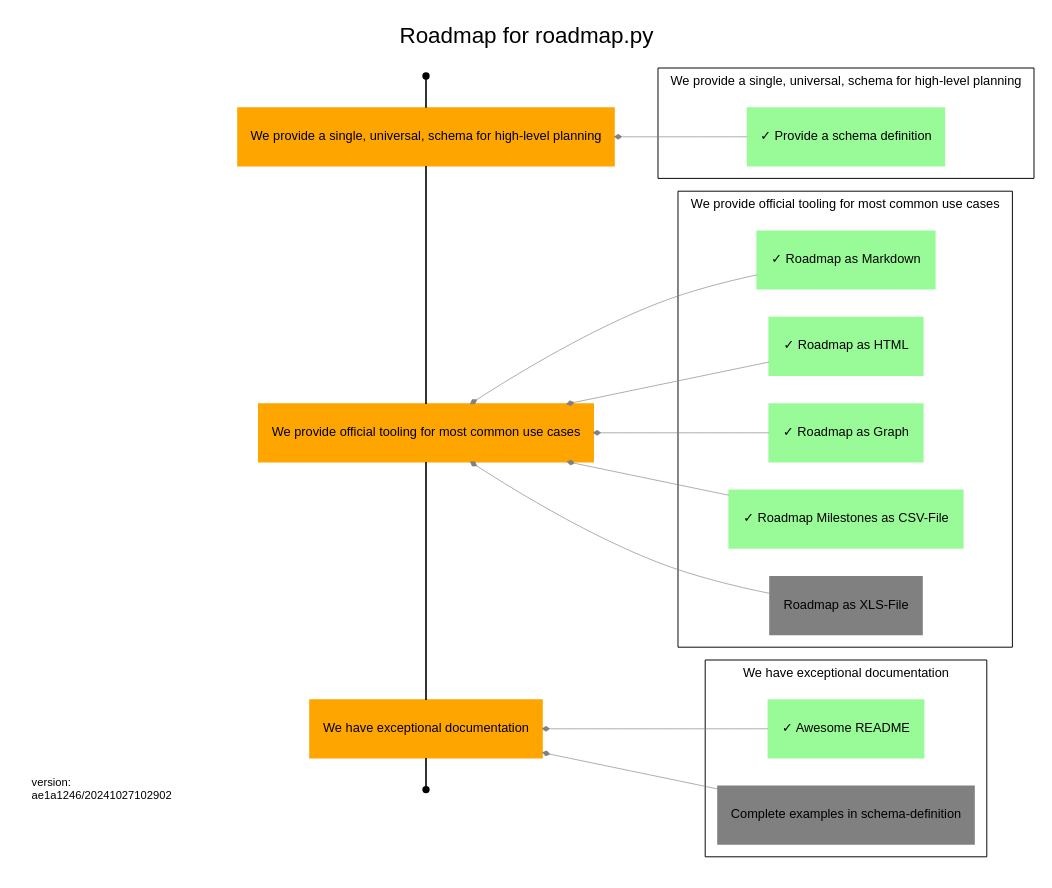
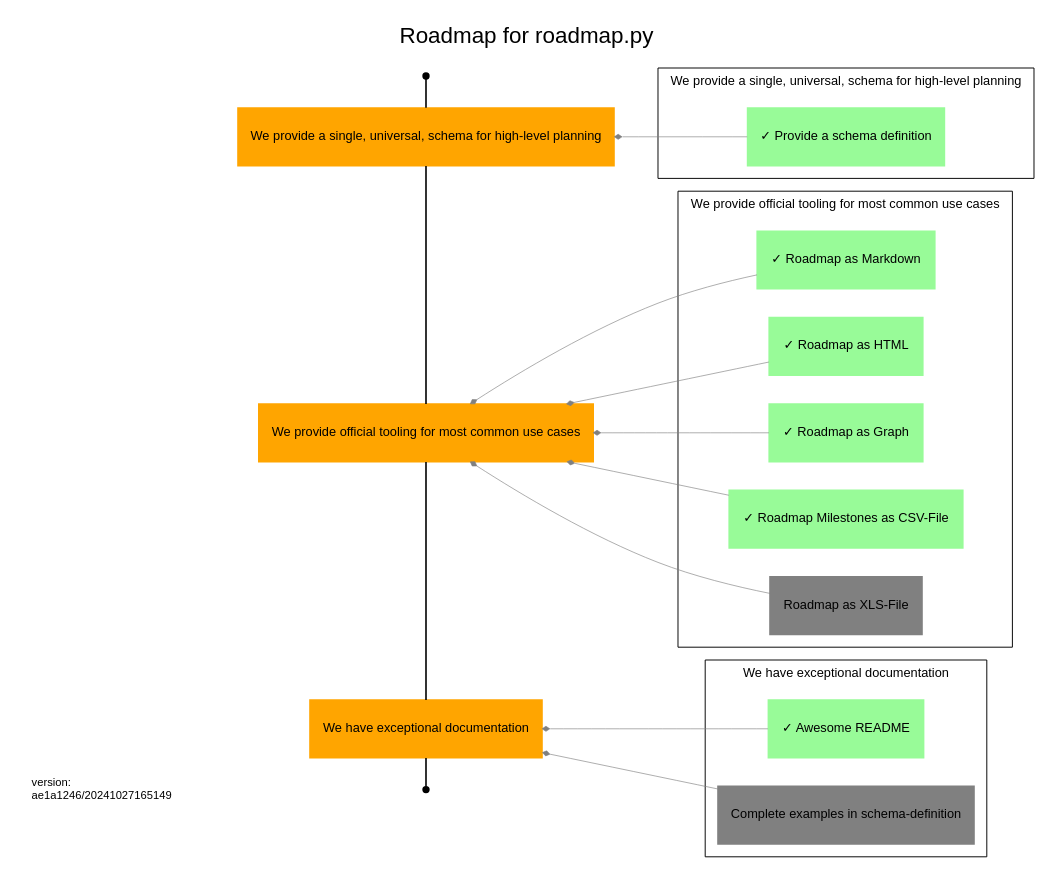
The diagram in roadmap/roadmap.dot (uroflavin/roadmap), drawn with Graphviz before and after one commit. The commit also changed 20 other files, not shown here.

```diff
--- a/roadmap/roadmap.dot
+++ b/roadmap/roadmap.dot
@@ -1,143 +1,143 @@
 digraph Roadmap {
   rankdir=RL;
   label="Roadmap for roadmap.py"
   tooltip="This is the planning roadmap for the [uroflavin/roadmap](https://github.com/uroflavin/roadmap) project. 
 It acts as both the plan for implementing this tool as well as a demonstration of what a roadmap might look like.
 
 One good example is this roadmap itself. 
 What to-do and what is already done to implement roadmap.py can you see in this picture.
 
 ![Roadmap Objectives and Keyresults, rendered from roadmap.yml](roadmap.dot.png)
 
 One of the things you'll immediately notice about this file is that it uses *Markdown* for formatting of text and is designed around a structured YAML schema. 
 The goal is to make this as easy as possible for humans to read and reason about, while also enabling powerful visualizations to be generated based on the content.
 ";
   fontname="Arial";
   labelloc="t";
 
   node[style="filled",shape="rectangle",color="orange",fontname="Arial",fontsize=8];
   edge[weight=1,group="milestones",arrowhead="none"];
 
   {
 	rank=same;
 
 	start[label="Start",shape="point",color="",tooltip="This is the start of your roadmap."];
     end[label="End",shape="point",color="",tooltip="This is the end of your roadmap."];
     
     
     o1 [label="We provide a single, universal, schema for high-level planning",tooltip="The goal of this project is, primarily, to provide a single schema that can be used by different teams to describe the work they are doing and their future intentions. 
 The usefulness and applicability of this schema to real-world problem domains will determine whether anything else we do here is of value.
 "];
         
             "start" -> o1;
         
     o2 [label="We provide official tooling for most common use cases",tooltip="While the goal of having a single unified schema for planning is that it enables the development of tools that automate various aspects of planning, most teams are not going to adopt this if the fundamentals aren't already solved for them. 
 This includes things like being able to visualize your road map in common formats, validating it against the schema etc.
 "];
         
             o1 -> o2;
         
     o3 [label="We have exceptional documentation",tooltip="Adoption of something intended to make planning easier is only going to be successful if it is easy to use, and a critical part of that is great documentation. 
 Our goal is that someone with no familiarity with our tooling can ramp up and have an initial road map ready for use within only a few minutes.
 "];
         
             o2 -> o3;
         
             o3 -> "end" ;
         }
   node[color="grey"];
   edge[weight=5,color="grey",penwidth=0.4,arrowsize=0.4,group="dependencies",arrowhead="diamond"];
 
   
         
         subgraph cluster_o1 {
             label="We provide a single, universal, schema for high-level planning";
             tooltip="The goal of this project is, primarily, to provide a single schema that can be used by different teams to describe the work they are doing and their future intentions. 
 The usefulness and applicability of this schema to real-world problem domains will determine whether anything else we do here is of value.
 ";
             fontsize=8;
             penwidth=0.6;
             
                 
                 
                     
                 o1_r1 [label="✓ Provide a schema definition",tooltip="Develop a schema that fulfills the main requirements of the objective",color="palegreen"];
                 o1_r1 -> o1;
             }
     
         
         subgraph cluster_o2 {
             label="We provide official tooling for most common use cases";
             tooltip="While the goal of having a single unified schema for planning is that it enables the development of tools that automate various aspects of planning, most teams are not going to adopt this if the fundamentals aren't already solved for them. 
 This includes things like being able to visualize your road map in common formats, validating it against the schema etc.
 ";
             fontsize=8;
             penwidth=0.6;
             
                 
                 
                     
                 o2_r1 [label="✓ Roadmap as Markdown",tooltip="We should be able to generate some markdown out of roadmap.yml
 ",color="palegreen"];
                 o2_r1 -> o2;
             
                 
                 
                     
                 o2_r2 [label="✓ Roadmap as HTML",tooltip="We should be able to generate some html out of roadmap.yml
 ",color="palegreen"];
                 o2_r2 -> o2;
             
                 
                 
                     
                 o2_r3 [label="✓ Roadmap as Graph",tooltip="We should be able to generate some dot out of roadmap.yml
 ",color="palegreen"];
                 o2_r3 -> o2;
             
                 
                 
                     
                 o2_r4 [label="✓ Roadmap Milestones as CSV-File",tooltip="Excel is THE projectmanagement tool. 
 To render some progress in your favorite tool ;-) we should be able to generate some csv out of roadmap.yml-milestone and deliverables.
 CSV is limited capable for exporting everything, so this would be a good first step towards Roadmap als XLS-File.
 ",color="palegreen"];
                 o2_r4 -> o2;
             
                 
                 
                     
                 o2_r5 [label="Roadmap as XLS-File",tooltip="We should be able to generate some xls out of roadmap.yml
 ",color="grey"];
                 o2_r5 -> o2;
             }
     
         
         subgraph cluster_o3 {
             label="We have exceptional documentation";
             tooltip="Adoption of something intended to make planning easier is only going to be successful if it is easy to use, and a critical part of that is great documentation. 
 Our goal is that someone with no familiarity with our tooling can ramp up and have an initial road map ready for use within only a few minutes.
 ";
             fontsize=8;
             penwidth=0.6;
             
                 
                 
                     
                 o3_r1 [label="✓ Awesome README",tooltip="We need to complete our README explaining the purpose of this project and giving some basic examples of its use.
 ",color="palegreen"];
                 o3_r1 -> o3;
             
                 
                 
                     
                 o3_r2 [label="Complete examples in schema-definition",tooltip="Complete the examples so that every user of the schema is able to find suitable examples for their specific use cases",color="grey"];
                 o3_r2 -> o3;
             }
     subgraph footer {
                 {
                     rank="sink"; 
-                    footer [fontsize=7 shape="box" color="white" label="version:\lae1a1246/20241027102902\l"];
+                    footer [fontsize=7 shape="box" color="white" label="version:\lae1a1246/20241027165149\l"];
                 }
             }
 }
```
